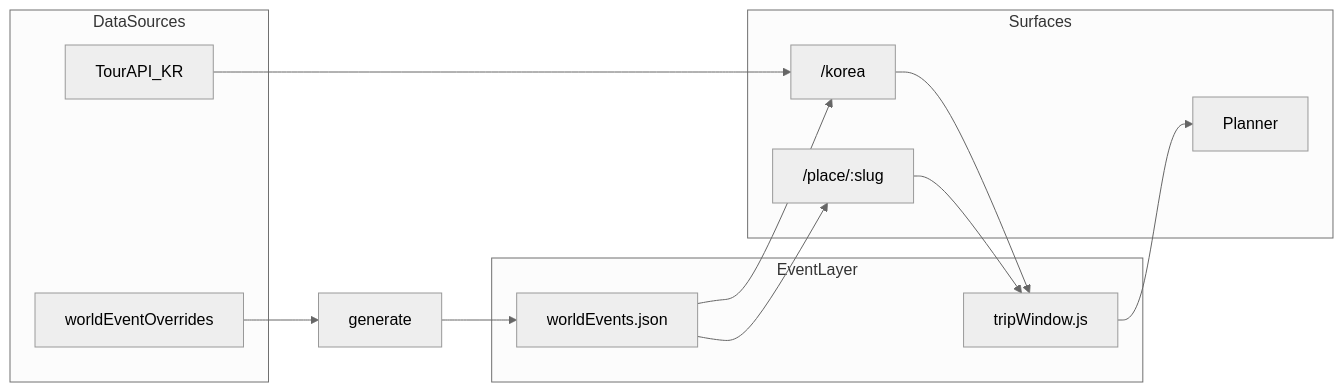
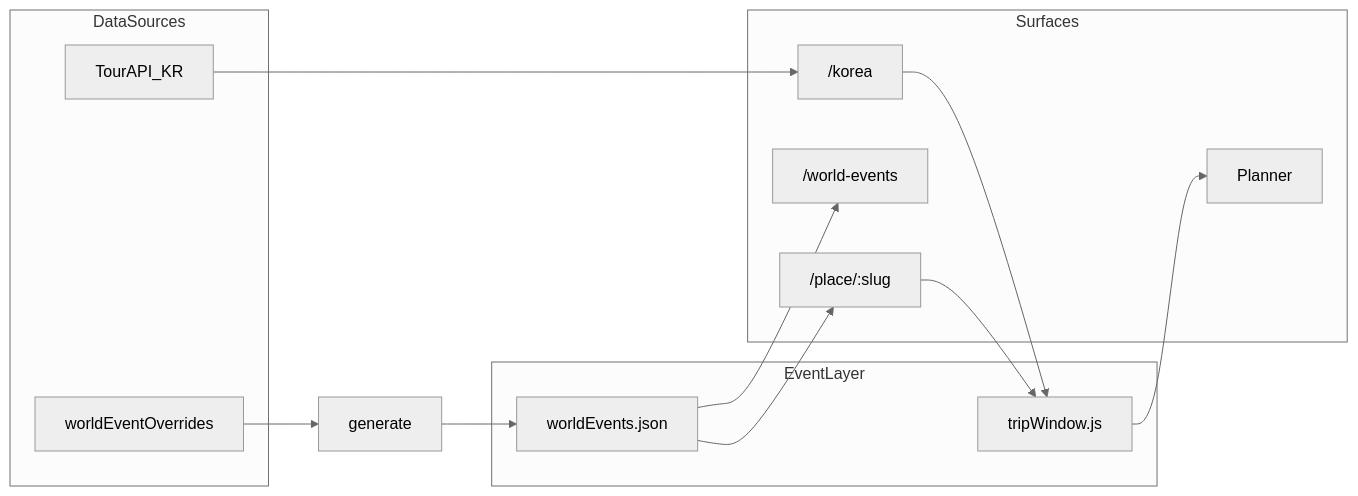
The diagram in plans/world-events-plan.md (catgeot/Days), drawn with Mermaid (neutral theme) before and after one commit. The commit also changed other lines of this file and 3 other files, not shown here.

````diff
--- a/plans/world-events-plan.md
+++ b/plans/world-events-plan.md
@@ -35,23 +35,24 @@
 ```mermaid
 flowchart LR
   subgraph sources [DataSources]
     TourAPI[TourAPI_KR]
     CuratedSSOT[worldEventOverrides]
   end
   subgraph core [EventLayer]
     EventSSOT[worldEvents.json]
     DateBridge[tripWindow.js]
   end
   subgraph ui [Surfaces]
     KoreaHub["/korea"]
+    WorldHub["/world-events"]
     PlaceCard["/place/:slug"]
     Planner[Planner]
   end
   TourAPI --> KoreaHub
   CuratedSSOT --> generate --> EventSSOT
-  EventSSOT --> KoreaHub
+  EventSSOT --> WorldHub
   EventSSOT --> PlaceCard
   DateBridge --> Planner
   KoreaHub --> DateBridge
   PlaceCard --> DateBridge
 ```
````
